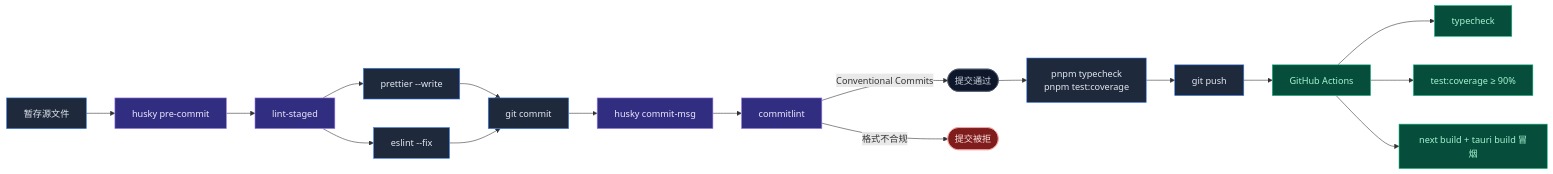
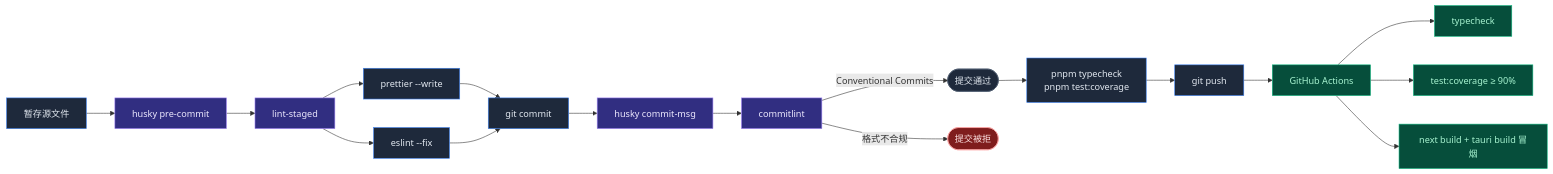
The diagram in docs/content/docs/zh/development.mdx (MaxQian888/cognia-next), drawn with Mermaid before and after one commit. The commit also changed other lines of this file and 211 other files, not shown here.

````diff
--- a/docs/content/docs/zh/development.mdx
+++ b/docs/content/docs/zh/development.mdx
@@ -227,32 +242,32 @@
 ```mermaid
 flowchart LR
   Stage[暂存源文件]
   Stage --> Husky[husky pre-commit]
   Husky --> LS[lint-staged]
   LS --> Pretty[prettier --write]
   LS --> ES[eslint --fix]
   Pretty --> Commit[git commit]
   ES --> Commit
   Commit --> CM[husky commit-msg]
   CM --> CL[commitlint]
   CL -->|Conventional Commits| Done([提交通过])
   CL -->|格式不合规| Reject([提交被拒])
 
   Done --> Local[pnpm typecheck<br/>pnpm test:coverage]
   Local --> Push[git push]
   Push --> CI[GitHub Actions]
   CI --> CITypes[typecheck]
   CI --> CITests[test:coverage ≥ 90%]
   CI --> CIBuild[next build + tauri build 冒烟]
 
   classDef step fill:#1e293b,stroke:#3b82f6,color:#e2e8f0
   classDef hook fill:#312e81,stroke:#a78bfa,color:#ede9fe
   classDef ci fill:#064e3b,stroke:#10b981,color:#a7f3d0
-  classDef terminal fill:#0f172a,stroke:#475569,color:#cbd5e1
+  classDef terminal fill:#1e293b,stroke:#475569,color:#e2e8f0
   classDef reject fill:#7f1d1d,stroke:#fca5a5,color:#fee2e2
   class Stage,Pretty,ES,Commit,Local,Push step
   class Husky,LS,CM,CL hook
   class CI,CITypes,CITests,CIBuild ci
   class Done terminal
   class Reject reject
 ```
````
